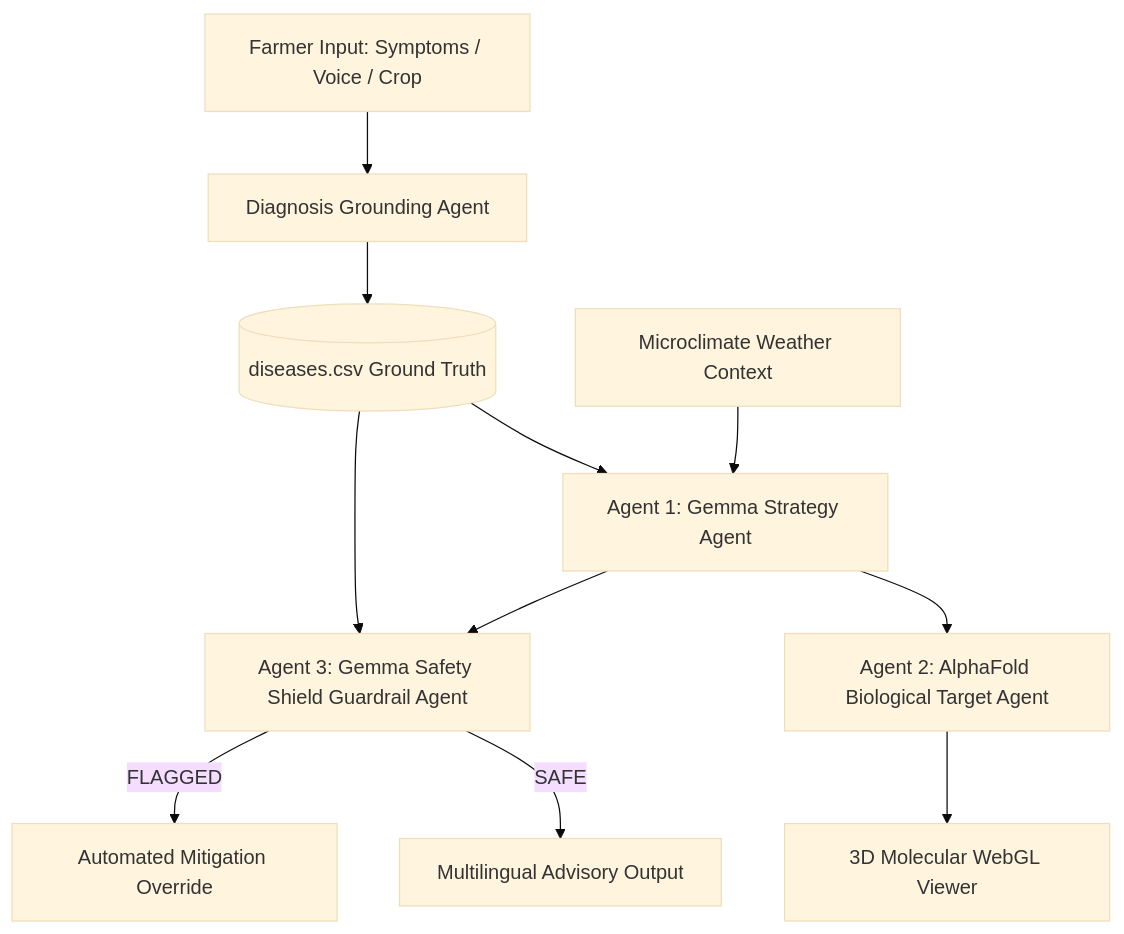
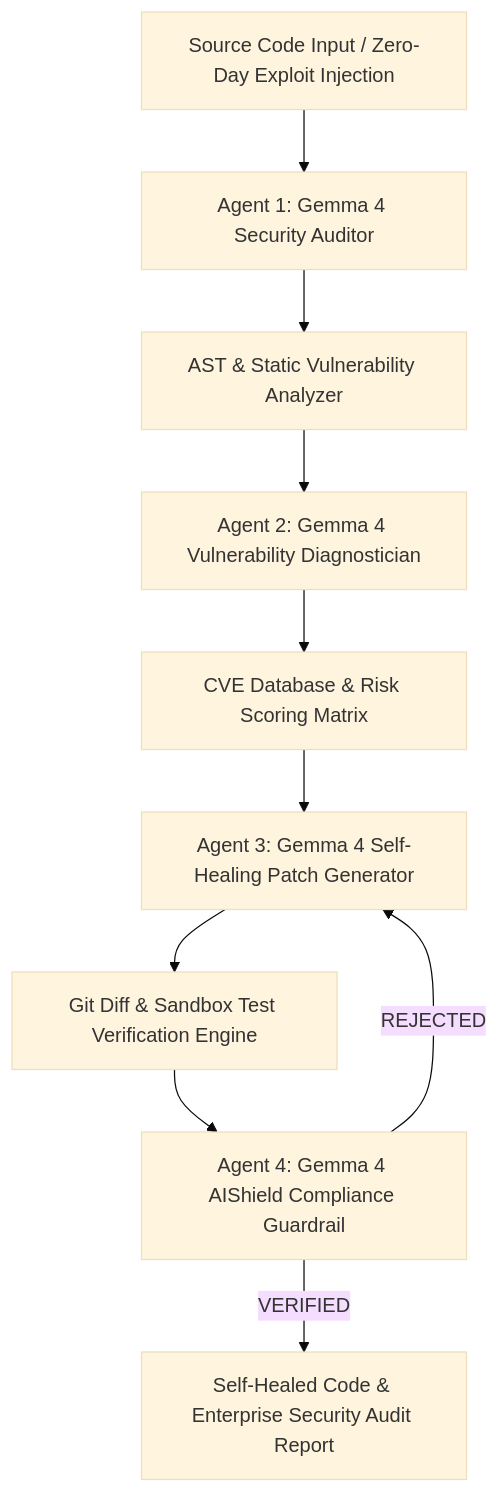
Before and after one commit to ChadLadder/Agri-Sentinel-app: the diagram in README.md, drawn with Mermaid (base theme). The commit also changed other lines of this file and 11 other files, not shown here.

Commit message:
Build AegisGemma 4 Autonomous Code Security & Self-Healing Agent Swarm

````diff
--- a/README.md
+++ b/README.md
@@ -22,13 +15,12 @@
 ```mermaid
 graph TD
-    A[Farmer Input: Symptoms / Voice / Crop] --> B[Diagnosis Grounding Agent]
-    B --> C[(diseases.csv Ground Truth)]
-    C --> D[Agent 1: Gemma Strategy Agent]
-    E[Microclimate Weather Context] --> D
-    D --> F[Agent 2: AlphaFold Biological Target Agent]
-    F --> G[3D Molecular WebGL Viewer]
-    D --> H[Agent 3: Gemma Safety Shield Guardrail Agent]
-    C --> H
-    H -->|SAFE| I[Multilingual Advisory Output]
-    H -->|FLAGGED| J[Automated Mitigation Override]
+    A[Source Code Input / Zero-Day Exploit Injection] --> B[Agent 1: Gemma 4 Security Auditor]
+    B --> C[AST & Static Vulnerability Analyzer]
+    C --> D[Agent 2: Gemma 4 Vulnerability Diagnostician]
+    D --> E[CVE Database & Risk Scoring Matrix]
+    E --> F[Agent 3: Gemma 4 Self-Healing Patch Generator]
+    F --> G[Git Diff & Sandbox Test Verification Engine]
+    G --> H[Agent 4: Gemma 4 AIShield Compliance Guardrail]
+    H -->|VERIFIED| I[Self-Healed Code & Enterprise Security Audit Report]
+    H -->|REJECTED| F
 ```
````
